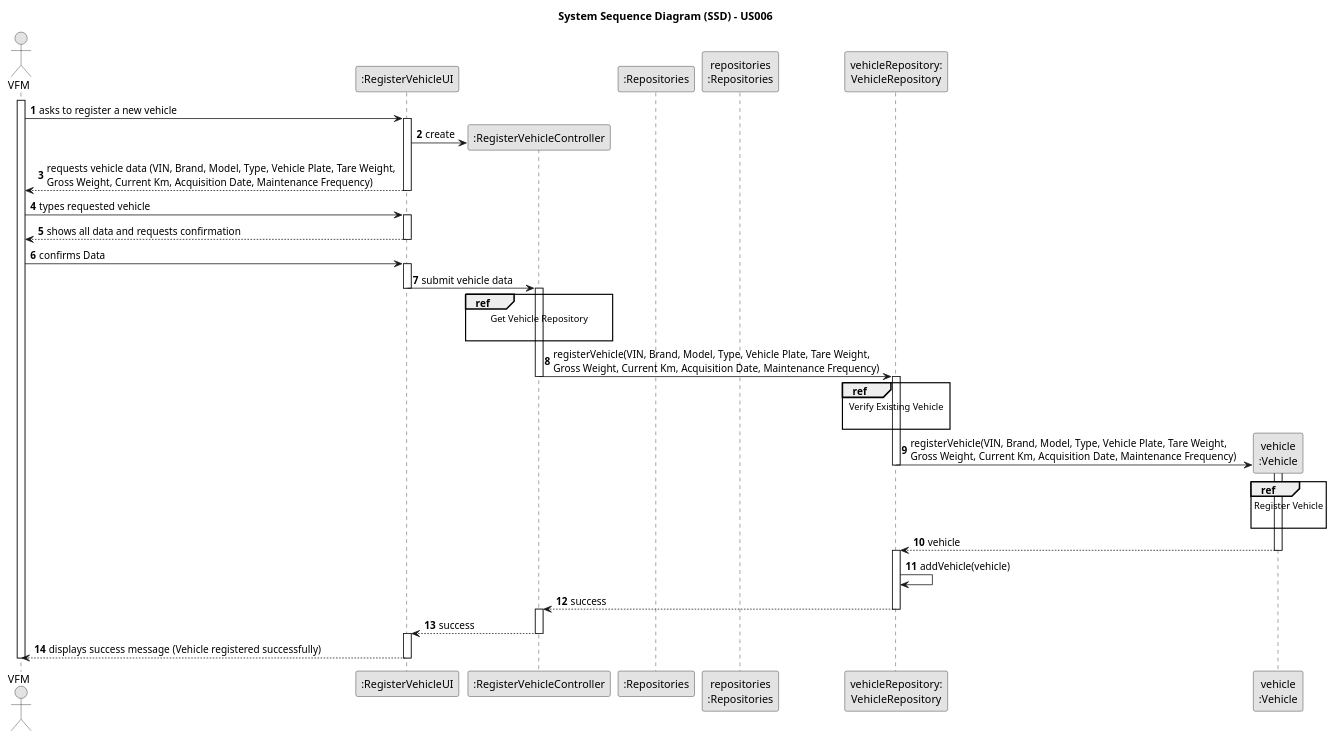
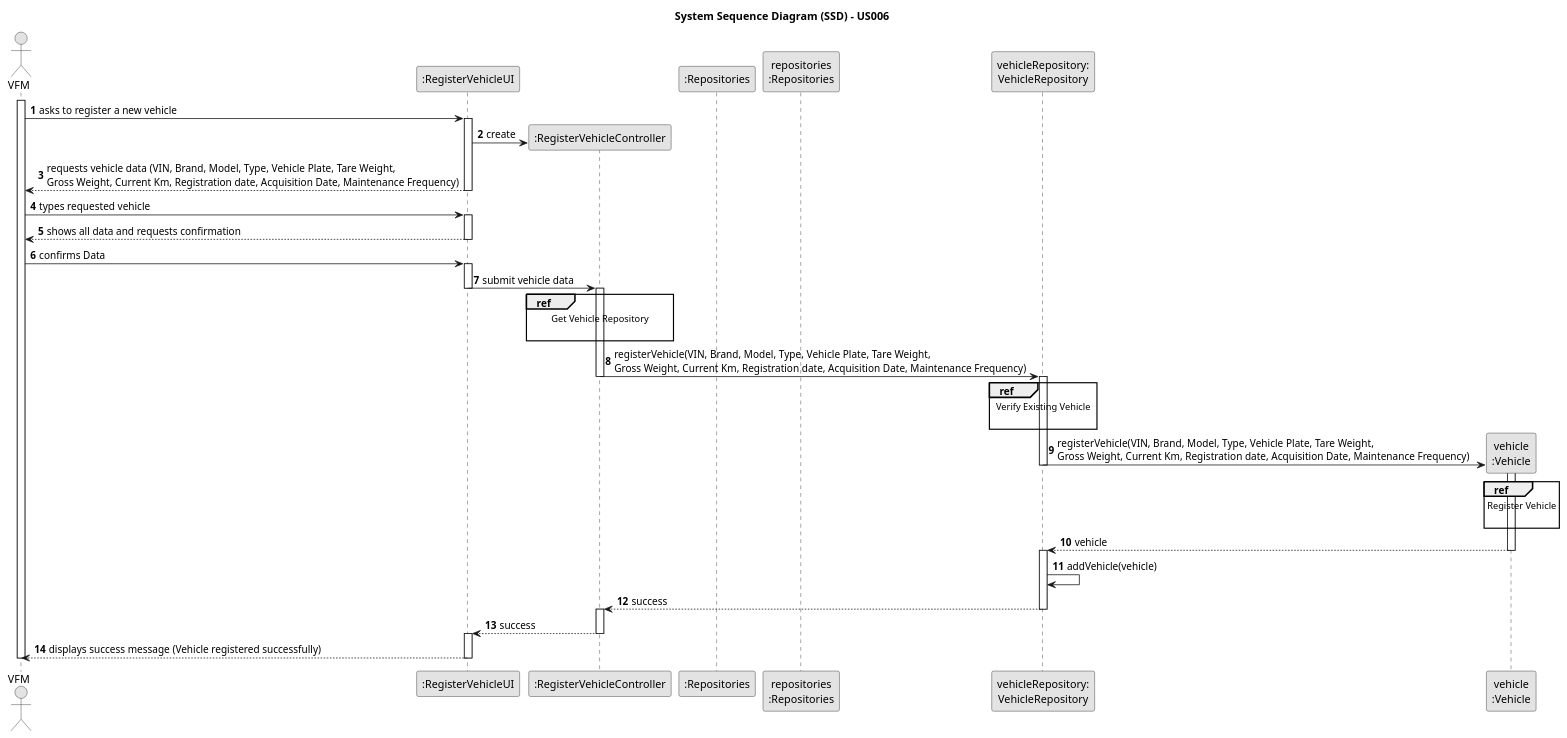
Before and after one commit to ricardomm7/leaflink: the diagram in docs/sprintB/us006/03.design/puml/us006-sequence-diagram-split.puml, drawn with PlantUML. The commit also changed 11 other files, not shown here.

Commit message:
Add registrationDate attribute forgotten on code and documentation

```diff
--- a/docs/sprintB/us006/03.design/puml/us006-sequence-diagram-split.puml
+++ b/docs/sprintB/us006/03.design/puml/us006-sequence-diagram-split.puml
@@ -1,90 +1,90 @@
 @startuml
 skinparam monochrome true
 skinparam packageStyle rectangle
 skinparam shadowing false
 
 title System Sequence Diagram (SSD) - US006
 
 autonumber
 
 actor "VFM" as VFM
 participant ":RegisterVehicleUI" as UI
 participant ":RegisterVehicleController" as CTRL
 participant ":Repositories" as RepositorySingleton
 participant "repositories\n:Repositories" as PLAT
 participant "vehicleRepository:\nVehicleRepository" as VehicleRepository
 participant "vehicle\n:Vehicle" as VEI
 
 activate VFM
 
     VFM -> UI : asks to register a new vehicle
     activate UI
 
         UI -> CTRL** : create
 
-        UI --> VFM : requests vehicle data (VIN, Brand, Model, Type, Vehicle Plate, Tare Weight, \nGross Weight, Current Km, Acquisition Date, Maintenance Frequency)
+        UI --> VFM : requests vehicle data (VIN, Brand, Model, Type, Vehicle Plate, Tare Weight, \nGross Weight, Current Km, Registration date, Acquisition Date, Maintenance Frequency)
         deactivate UI
 
     VFM -> UI : types requested vehicle
     activate UI
 
     UI --> VFM : shows all data and requests confirmation
     deactivate UI
 
     VFM -> UI: confirms Data
     activate UI
 
         UI -> CTRL : submit vehicle data
         deactivate UI
         activate CTRL
 
             ref over CTRL
                                             Get Vehicle Repository
 
                                         end ref
 
-        CTRL -> VehicleRepository : registerVehicle(VIN, Brand, Model, Type, Vehicle Plate, Tare Weight, \nGross Weight, Current Km, Acquisition Date, Maintenance Frequency)
+        CTRL -> VehicleRepository : registerVehicle(VIN, Brand, Model, Type, Vehicle Plate, Tare Weight, \nGross Weight, Current Km, Registration date, Acquisition Date, Maintenance Frequency)
         deactivate CTRL
 
             activate VehicleRepository
 
         ref over VehicleRepository
                                                                             Verify Existing Vehicle
 
                                                                         end ref
 
 
-            VehicleRepository -> VEI **: registerVehicle(VIN, Brand, Model, Type, Vehicle Plate, Tare Weight, \nGross Weight, Current Km, Acquisition Date, Maintenance Frequency)
+            VehicleRepository -> VEI **: registerVehicle(VIN, Brand, Model, Type, Vehicle Plate, Tare Weight, \nGross Weight, Current Km, Registration date, Acquisition Date, Maintenance Frequency)
         deactivate VehicleRepository
             activate VEI
 
 
             ref over VEI
                                             Register Vehicle
 
                                         end ref
 
             VEI --> VehicleRepository: vehicle
             deactivate VEI
             activate VehicleRepository
 
 
 
 
             VehicleRepository -> VehicleRepository: addVehicle(vehicle)
             VehicleRepository --> CTRL: success
                         deactivate VehicleRepository
 
             activate CTRL
 
 
             CTRL --> UI : success
             deactivate CTRL
             activate UI
 
     UI --> VFM : displays success message (Vehicle registered successfully)
     deactivate UI
 
 deactivate VFM
 
 @enduml
```
